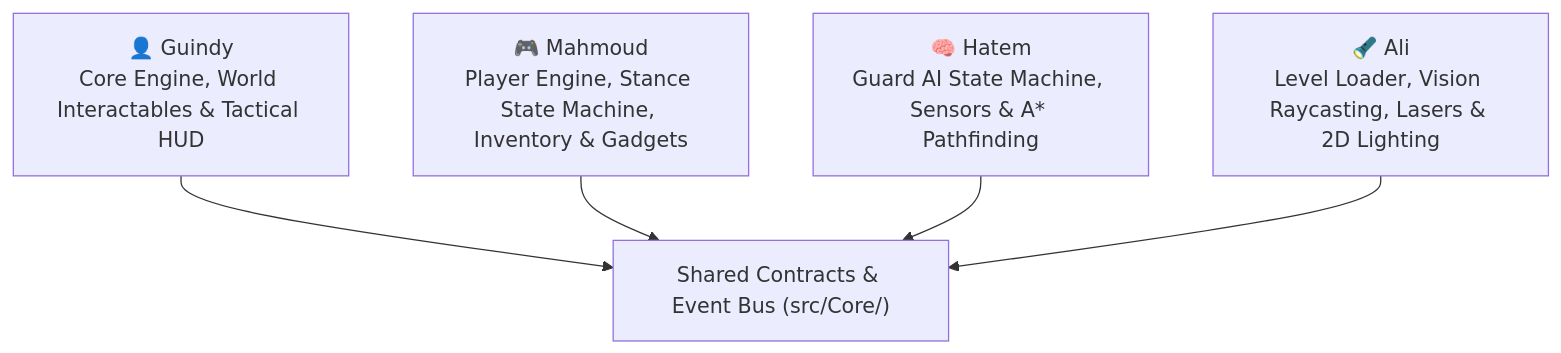
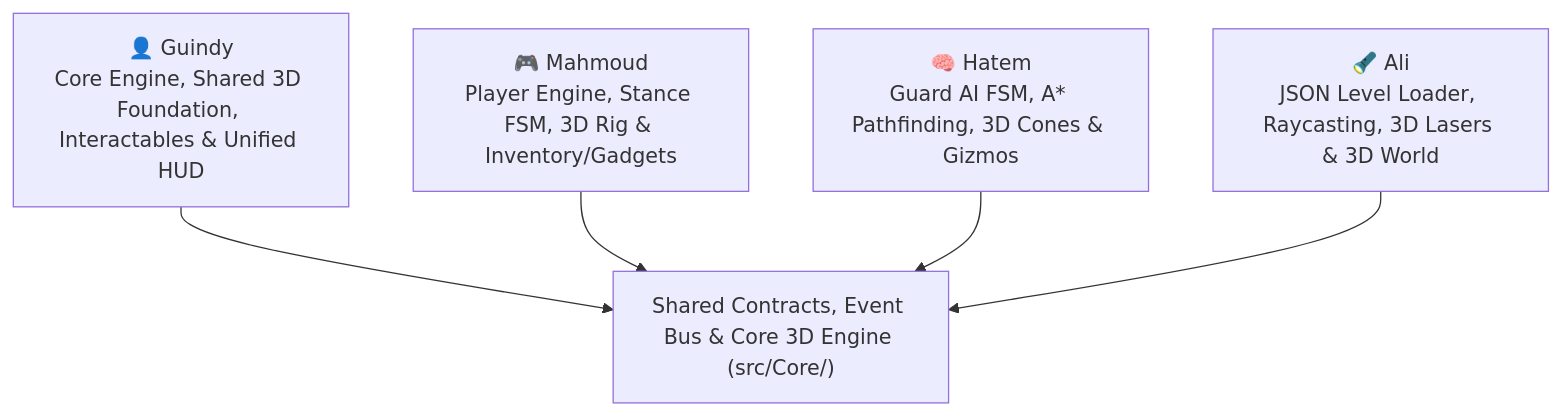
One commit to Mohamed-Elguindy/ShadowHeist changed the first of 3 diagrams in docs/ARCHITECTURE_AND_PLAN.md. Above: the diagram before and after it, drawn with Mermaid. The commit also changed other lines of this file and 2 other files, not shown here.

Commit message:
docs(plan): update architecture plan, 5-page PDF, and README for native 3D and PR #7

````diff
--- a/docs/ARCHITECTURE_AND_PLAN.md
+++ b/docs/ARCHITECTURE_AND_PLAN.md
@@ -13,13 +13,13 @@
 ```mermaid
 flowchart TD
-    Guindy["👤 Guindy<br/>Core Engine, World Interactables & Tactical HUD"]
-    Mahmoud["🎮 Mahmoud<br/>Player Engine, Stance State Machine, Inventory & Gadgets"]
-    Hatem["🧠 Hatem<br/>Guard AI State Machine, Sensors & A* Pathfinding"]
-    Ali["🔦 Ali<br/>Level Loader, Vision Raycasting, Lasers & 2D Lighting"]
+    Guindy["👤 Guindy<br/>Core Engine, Shared 3D Foundation, Interactables & Unified HUD"]
+    Mahmoud["🎮 Mahmoud<br/>Player Engine, Stance FSM, 3D Rig & Inventory/Gadgets"]
+    Hatem["🧠 Hatem<br/>Guard AI FSM, A* Pathfinding, 3D Cones & Gizmos"]
+    Ali["🔦 Ali<br/>JSON Level Loader, Raycasting, 3D Lasers & 3D World"]
 
-    Core["Shared Contracts & Event Bus (src/Core/)"]
+    Core["Shared Contracts, Event Bus & Core 3D Engine (src/Core/)"]
     Guindy --> Core
     Mahmoud --> Core
     Hatem --> Core
     Ali --> Core
 ```
````
